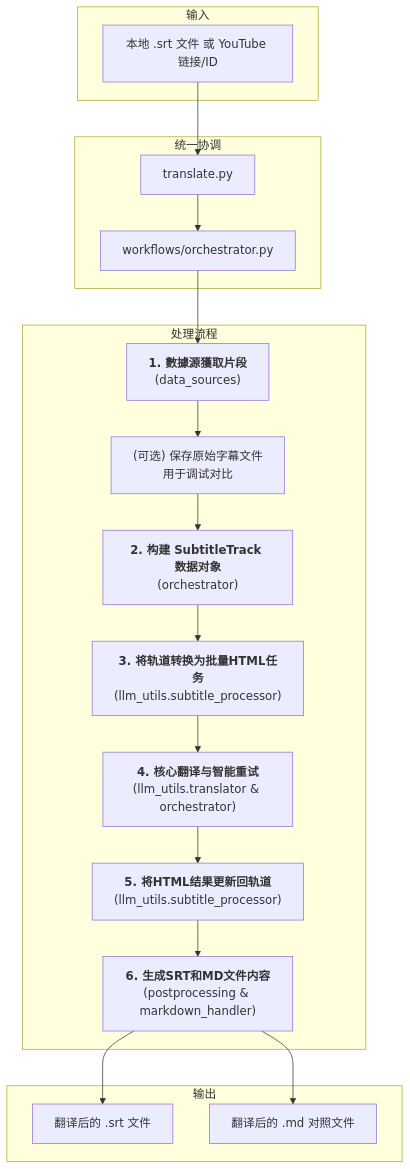
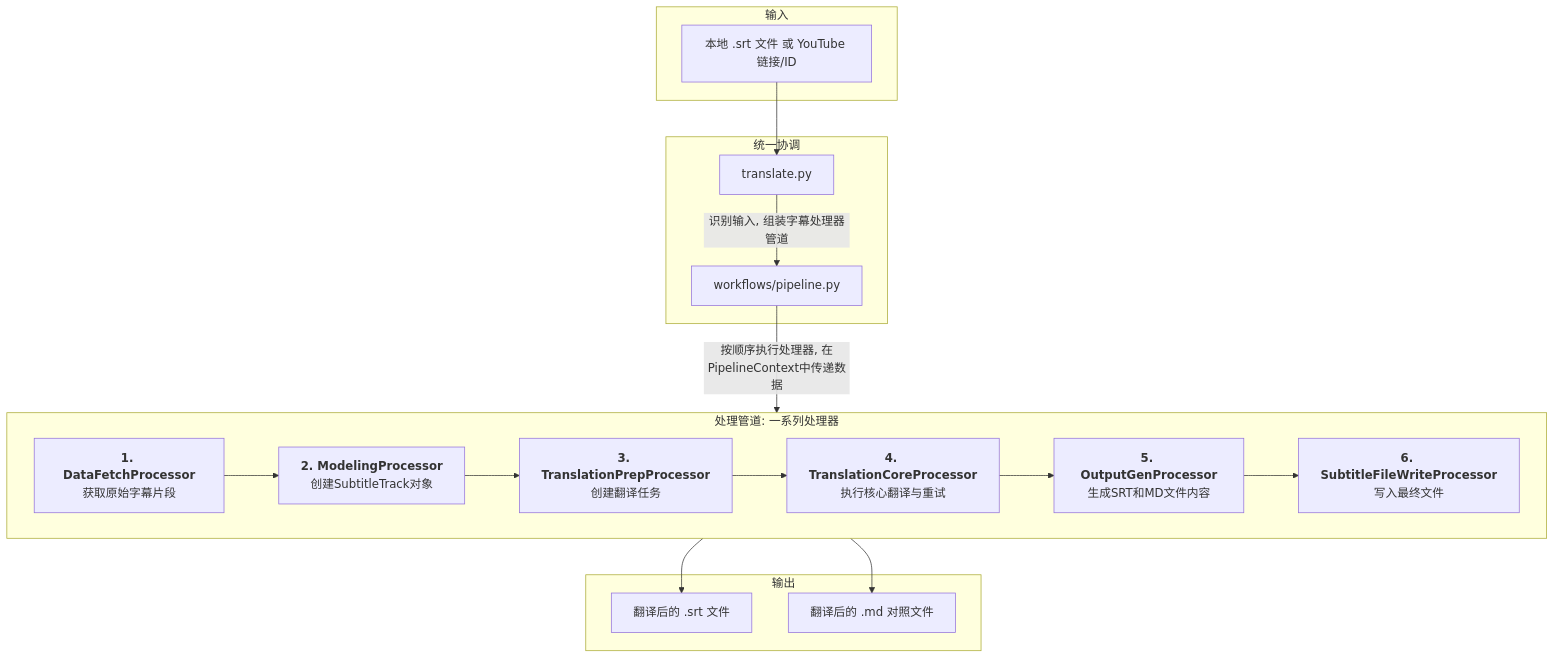
Before and after one commit to kuniyao/MultiMediaGenAI: the diagram in docs/subtitle_translation_workflow.md, drawn with Mermaid. The commit also changed other lines of this file and 22 other files, not shown here.

First line of the commit message:
本次提交对核心翻译工作流进行了重要的架构重构。旧的、硬编码的编排器模式 (Orchestrator) 已被一个更灵活、更可扩展的“管道-处理器” (Pipeline-Processor) 模式所取代。

````diff
--- a/docs/subtitle_translation_workflow.md
+++ b/docs/subtitle_translation_workflow.md
@@ -15,29 +16,32 @@
 ```mermaid
 graph TD;
     subgraph Input [输入]
         A[本地 .srt 文件 或 YouTube 链接/ID]
     end
 
     subgraph Orchestration [统一协调]
         O1[translate.py]
-        O2[workflows/orchestrator.py]
+        O2[workflows/pipeline.py]
     end
 
-    subgraph Processing [处理流程]
-        B["<b>1. 數據源獲取片段</b><br>(data_sources)"]
-        B_OUT["(可选) 保存原始字幕文件<br>用于调试对比"]
-        C["<b>2. 构建 SubtitleTrack 数据对象</b><br>(orchestrator)"]
-        D["<b>3. 将轨道转换为批量HTML任务</b><br>(llm_utils.subtitle_processor)"]
-        E["<b>4. 核心翻译与智能重试</b><br>(llm_utils.translator & orchestrator)"]
-        F["<b>5. 将HTML结果更新回轨道</b><br>(llm_utils.subtitle_processor)"]
-        G["<b>6. 生成SRT和MD文件内容</b><br>(postprocessing & markdown_handler)"]
+    subgraph ProcessingPipeline [处理管道: 一系列处理器]
+        direction LR
+        S1["<b>1. DataFetchProcessor</b><br>获取原始字幕片段"]
+        S2["<b>2. ModelingProcessor</b><br>创建SubtitleTrack对象"]
+        S3["<b>3. TranslationPrepProcessor</b><br>创建翻译任务"]
+        S4["<b>4. TranslationCoreProcessor</b><br>执行核心翻译与重试"]
+        S5["<b>5. OutputGenProcessor</b><br>生成SRT和MD文件内容"]
+        S6["<b>6. SubtitleFileWriteProcessor</b><br>写入最终文件"]
     end
 
     subgraph Output [输出]
         H1[翻译后的 .srt 文件]
         H2[翻译后的 .md 对照文件]
     end
 
-    A --> O1 --> O2 --> B --> B_OUT --> C --> D --> E --> F --> G;
-    G --> H1 & H2;
+    A --> O1;
+    O1 -- "识别输入, 组装字幕处理器管道" --> O2;
+    O2 -- "按顺序执行处理器, 在PipelineContext中传递数据" --> S1;
+    S1 --> S2 --> S3 --> S4 --> S5 --> S6;
+    S6 --> H1 & H2;
 ```
````
